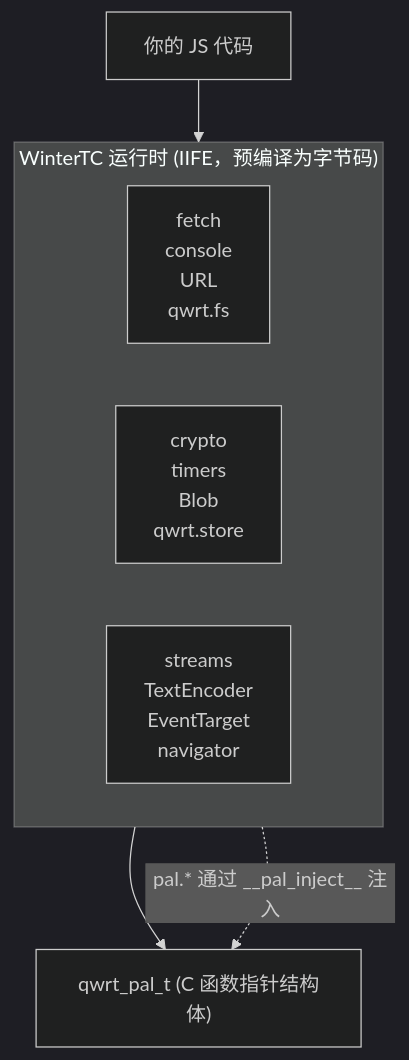
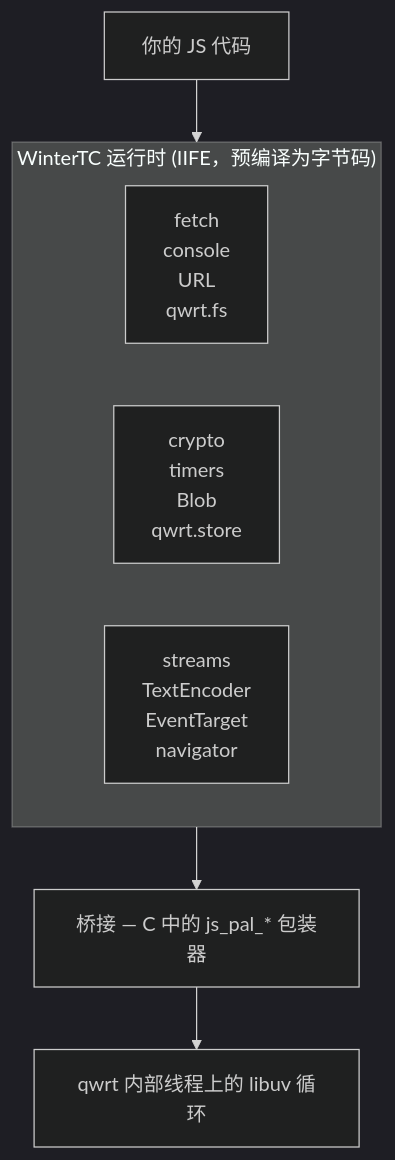
Before and after one commit to adam-ikari/qwrt: the diagram in docs/zh/js-api/index.md, drawn with Mermaid (dark theme). The commit also changed other lines of this file and 163 other files, not shown here.

First line of the commit message:
refactor(qwrt): libuv-native execution model — drop PAL, own thread + loop

````diff
--- a/docs/zh/js-api/index.md
+++ b/docs/zh/js-api/index.md
@@ -12,12 +12,12 @@
 ```mermaid
 flowchart TB
     A["你的 JS 代码"] --> B
     subgraph B["WinterTC 运行时 (IIFE，预编译为字节码)"]
         direction LR
         C["fetch<br/>console<br/>URL<br/>qwrt.fs"]
         D["crypto<br/>timers<br/>Blob<br/>qwrt.store"]
         E["streams<br/>TextEncoder<br/>EventTarget<br/>navigator"]
     end
-    B --> F["qwrt_pal_t (C 函数指针结构体)"]
-    B -.->|pal.* 通过 __pal_inject__ 注入| F
+    B --> G["桥接 — C 中的 js_pal_* 包装器"]
+    G --> H["qwrt 内部线程上的 libuv 循环"]
 ```
````
